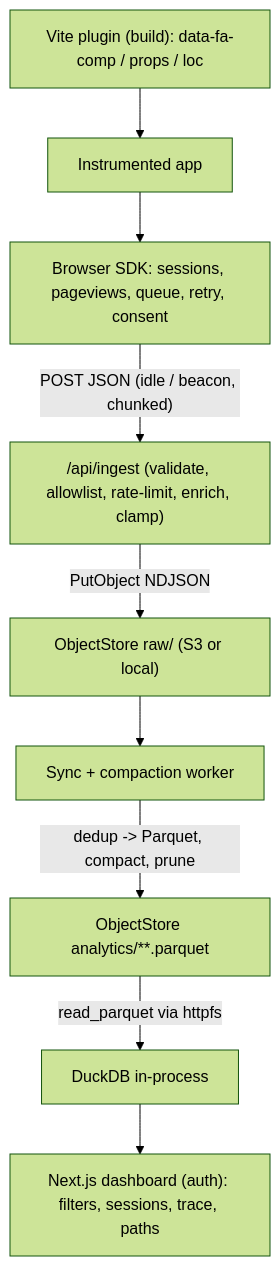
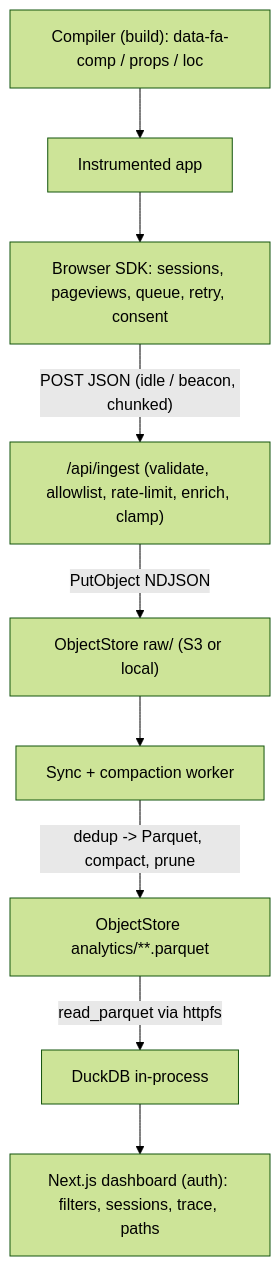
The diagram in README.md (galanteria01/fiber-analytics), drawn with Mermaid (forest theme) before and after one commit. The commit also changed other lines of this file and 29 other files, not shown here.

First line of the commit message:
refactor: rename vite-plugin to compiler and update documentation

````diff
--- a/README.md
+++ b/README.md
@@ -27,11 +27,11 @@
 ```mermaid
 flowchart TD
-  Build["Vite plugin (build): data-fa-comp / props / loc"] --> App["Instrumented app"]
+  Build["Compiler (build): data-fa-comp / props / loc"] --> App["Instrumented app"]
   App --> SDK["Browser SDK: sessions, pageviews, queue, retry, consent"]
   SDK -->|"POST JSON (idle / beacon, chunked)"| Ingest["/api/ingest (validate, allowlist, rate-limit, enrich, clamp)"]
   Ingest -->|"PutObject NDJSON"| Raw["ObjectStore raw/ (S3 or local)"]
   Raw --> Worker["Sync + compaction worker"]
   Worker -->|"dedup -> Parquet, compact, prune"| Analytics["ObjectStore analytics/**.parquet"]
   Analytics -->|"read_parquet via httpfs"| DuckDB["DuckDB in-process"]
   DuckDB --> Dash["Next.js dashboard (auth): filters, sessions, trace, paths"]
 ```
````
